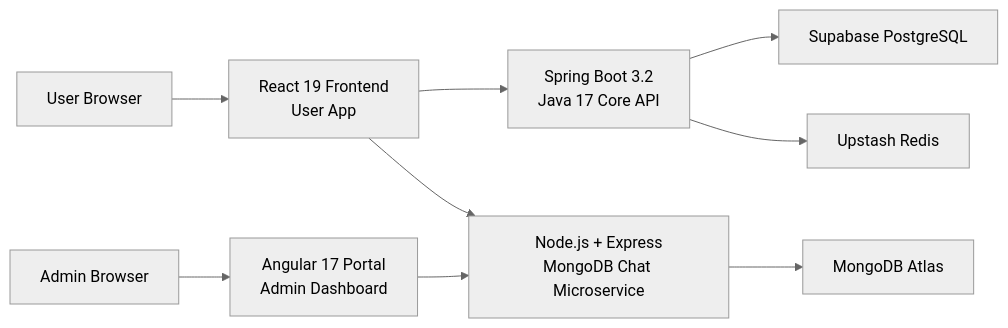
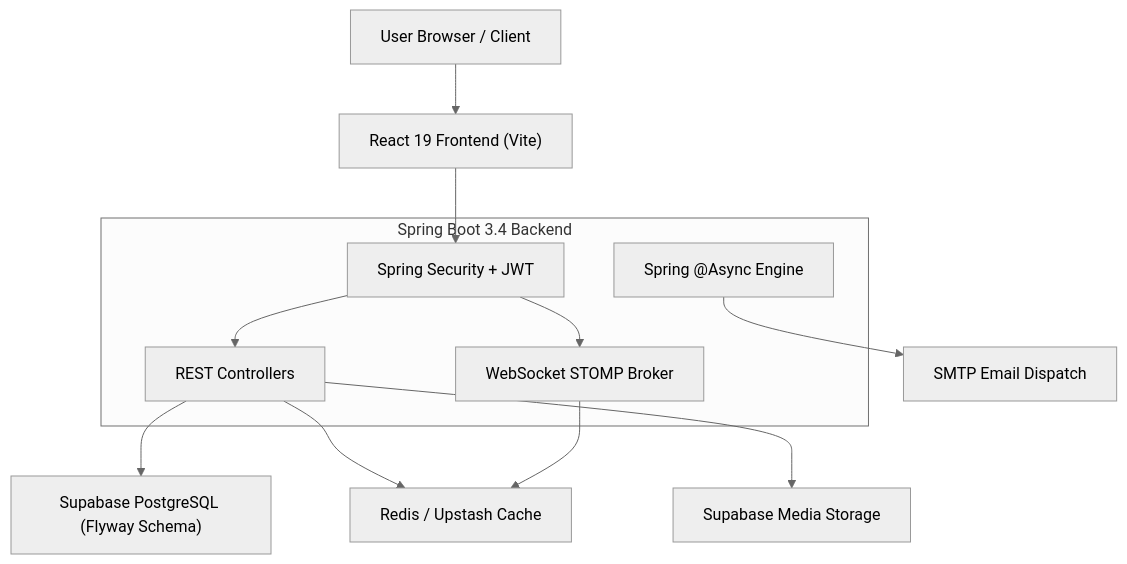
One commit to Jayanand07/Friends-Hub changed the diagram in README.md. Above: the diagram before and after it, drawn with Mermaid (neutral theme). The commit also changed other lines of this file, not shown here.

Commit message:
docs: refine README.md with professional formatting, updated tech stack, and architecture diagram

````diff
--- a/README.md
+++ b/README.md
@@ -42,13 +48,22 @@
 ```mermaid
-flowchart LR
-    user["User Browser"] --> reactApp["React 19 Frontend<br/>User App"]
-    admin["Admin Browser"] --> angularApp["Angular 17 Portal<br/>Admin Dashboard"]
+flowchart TD
+    client["User Browser / Client"] --> reactApp["React 19 Frontend (Vite)"]
     
-    reactApp --> api["Spring Boot 3.2<br/>Java 17 Core API"]
-    reactApp --> nodeApi["Node.js + Express<br/>MongoDB Chat Microservice"]
-    angularApp --> nodeApi
+    subgraph Backend ["Spring Boot 3.4 Backend"]
+        security["Spring Security + JWT"]
+        apiControllers["REST Controllers"]
+        asyncExec["Spring @Async Engine"]
+        stompWs["WebSocket STOMP Broker"]
+    end
+    
+    reactApp --> security
+    security --> apiControllers
+    security --> stompWs
 
-    api --> db["Supabase PostgreSQL"]
-    nodeApi --> mongodb["MongoDB Atlas"]
-    api --> redis["Upstash Redis"]
+    apiControllers --> postgres["Supabase PostgreSQL (Flyway Schema)"]
+    apiControllers --> redis["Redis / Upstash Cache"]
+    apiControllers --> supabaseStore["Supabase Media Storage"]
+    asyncExec --> resendMail["SMTP Email Dispatch"]
+
+    stompWs --> redis
 ```
````
